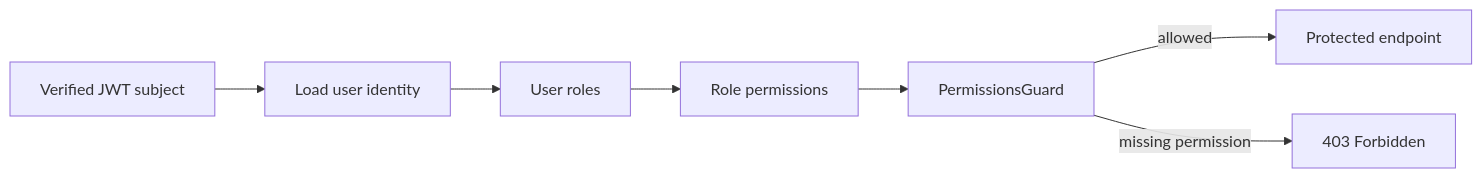
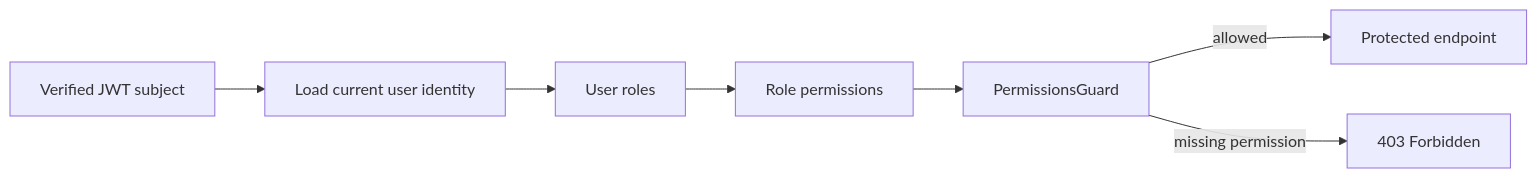
The third of 3 diagrams in README.md (SidK31/authforge), drawn with Mermaid before and after one commit. The commit also changed other lines of this file, not shown here.

````diff
--- a/README.md
+++ b/README.md
@@ -112,9 +112,9 @@
 ```mermaid
 flowchart LR
-    JWT[Verified JWT subject] --> User[Load user identity]
+    JWT[Verified JWT subject] --> User[Load current user identity]
     User --> Roles[User roles]
     Roles --> Permissions[Role permissions]
     Permissions --> Guard[PermissionsGuard]
     Guard -->|allowed| Endpoint[Protected endpoint]
     Guard -->|missing permission| Forbidden[403 Forbidden]
 ```
````
